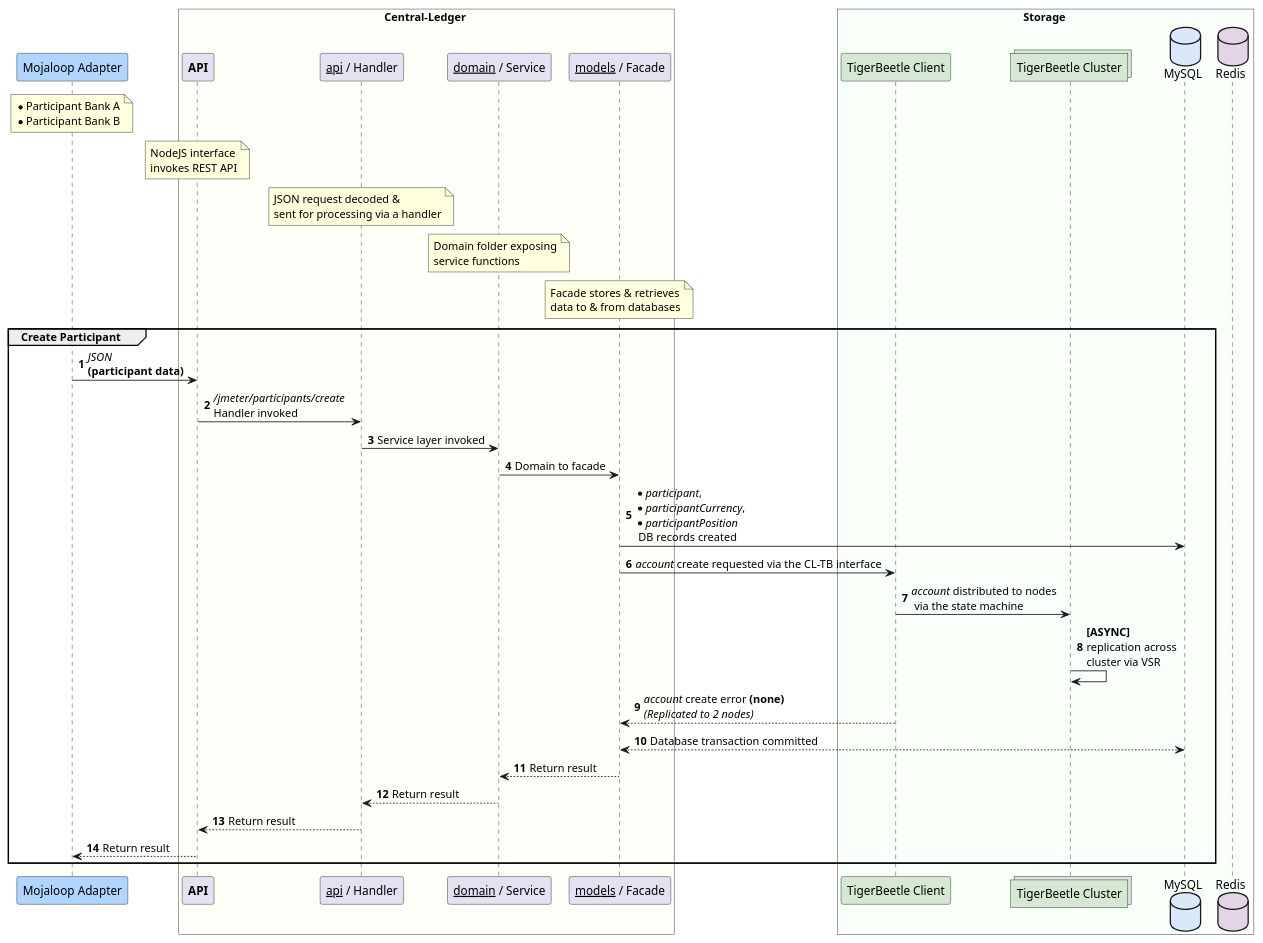
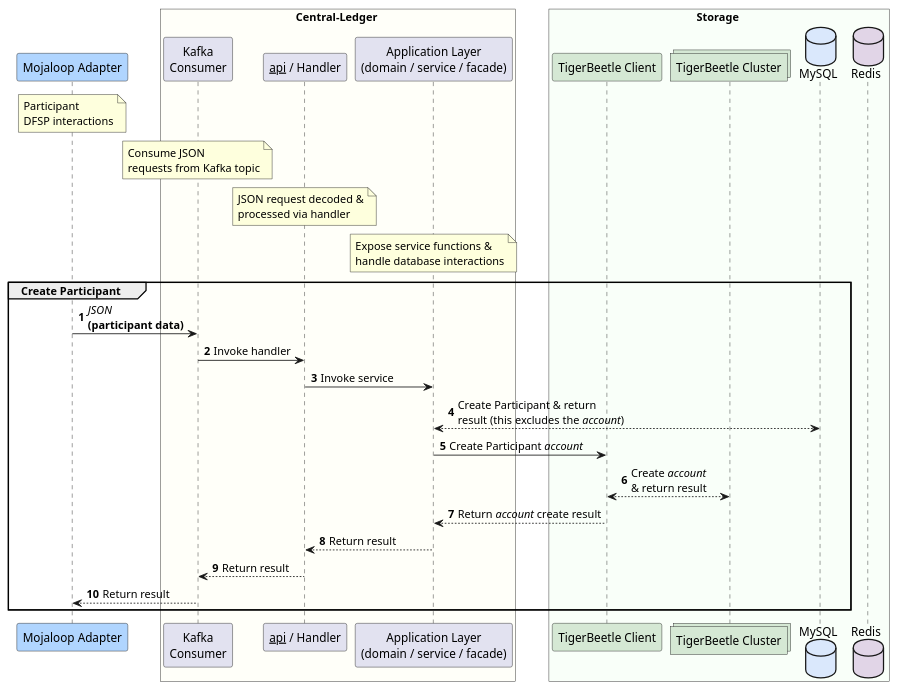
The diagram in solution_design/sequence-participant-tb-enabled-create.puml (coilhq/mucoa), drawn with PlantUML before and after one commit. The commit also changed 9 other files, not shown here.

Commit message:
Peer review & updates: (1) architecture diagram (2) seq diagrams (3) added TODOs and need to continue from the Transfers seq diagram and description

```diff
--- a/solution_design/sequence-participant-tb-enabled-create.puml
+++ b/solution_design/sequence-participant-tb-enabled-create.puml
@@ -1,61 +1,51 @@
 @startuml
 
 participant "Mojaloop Adapter" as dfsp #B0D5FF
 note over dfsp
-    * Participant Bank A
-    * Participant Bank B
+    Participant
+    DFSP interactions
 end note
 
 box Central-Ledger #FFFFF9
-    participant "**API**" as cl_api
-    participant "__api__ / Handler" as cl_handler
-    participant "__domain__ / Service" as cl_domain
-    participant "__models__ / Facade" as cl_facade
+    participant "Kafka\nConsumer" as cl_consume_kafka
+        participant "__api__ / Handler" as cl_handler
+        participant "Application Layer\n(domain / service / facade)" as cl_domain
 
-    note over cl_api
-        NodeJS interface
-        invokes REST API
-    end note
-
-    note over cl_handler
-        JSON request decoded &
-        sent for processing via a handler
-    end note
-
-    note over cl_domain
-        Domain folder exposing
-        service functions
-    end note
-
-    note over cl_facade
-        Facade stores & retrieves
-        data to & from databases
-    end note
+        note over cl_consume_kafka
+            Consume JSON
+            requests from Kafka topic
+        end note
+    
+        note over cl_handler
+            JSON request decoded &
+            processed via handler
+        end note
+    
+        note over cl_domain
+            Expose service functions &
+            handle database interactions
+        end note
 end box
 
 box Storage #F9FFF9
 	Participant "TigerBeetle Client" as tb_client #D5E8D4
 	collections "TigerBeetle Cluster" as tb_nodes #D5E8D4
 	database "MySQL" as cl_db #DAE8FC
 	database "Redis" as redis_cache #E1D5E7
 end box
 
 autonumber
 group Create Participant
-    dfsp -> cl_api : //JSON// \n**(participant data)**
-    cl_api -> cl_handler : ///jmeter/participants/create// \nHandler invoked
-    cl_handler -> cl_domain : Service layer invoked
-    cl_domain -> cl_facade : Domain to facade
-    cl_facade -> cl_db : *//participant//, \n*//participantCurrency//, \n*//participantPosition// \n DB records created
-    cl_facade -> tb_client : //account// create requested via the CL-TB interface
-    tb_client -> tb_nodes : //account// distributed to nodes\n via the state machine
-    tb_nodes -> tb_nodes : **[ASYNC]**\nreplication across \ncluster via VSR
-    tb_client --> cl_facade : //account// create error **(none)**\n//(Replicated to 2 nodes)//
-    cl_db <--> cl_facade : Database transaction committed
-    cl_facade --> cl_domain : Return result
+    dfsp -> cl_consume_kafka : //JSON// \n**(participant data)**
+    cl_consume_kafka -> cl_handler : Invoke handler
+    cl_handler -> cl_domain : Invoke service
+    cl_domain <--> cl_db : Create Participant & return \nresult (this excludes the //account//)
+    cl_domain -> tb_client : Create Participant //account//
+    tb_client <--> tb_nodes : Create //account// \n& return result
+    tb_client --> cl_domain : Return //account// create result
     cl_domain --> cl_handler : Return result
-    cl_handler --> cl_api : Return result
-    cl_api --> dfsp : Return result
+    cl_handler --> cl_consume_kafka : Return result
+    cl_consume_kafka --> dfsp : Return result
 end
 
 @enduml
```
